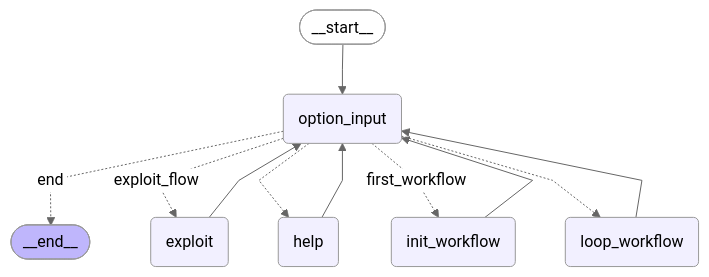
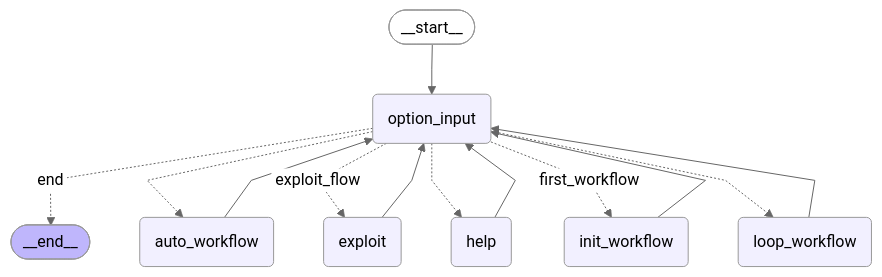
The diagram in langgraph/artifacts/main_workflow_mermaid.md (JungWooJJING/LLM_Solver), drawn with Mermaid (neutral theme) before and after one commit. The commit also changed 12 other files, not shown here.

````diff
--- a/langgraph/artifacts/main_workflow_mermaid.md
+++ b/langgraph/artifacts/main_workflow_mermaid.md
@@ -3,29 +3,32 @@
 ```mermaid
 ---
 config:
   flowchart:
     curve: linear
 ---
 graph TD;
 	__start__([<p>__start__</p>]):::first
 	init_workflow(init_workflow)
 	loop_workflow(loop_workflow)
+	auto_workflow(auto_workflow)
 	help(help)
 	option_input(option_input)
 	exploit(exploit)
 	__end__([<p>__end__</p>]):::last
 	__start__ --> option_input;
+	auto_workflow --> option_input;
 	exploit --> option_input;
 	help --> option_input;
 	init_workflow --> option_input;
 	loop_workflow --> option_input;
 	option_input -. &nbsp;end&nbsp; .-> __end__;
+	option_input -.-> auto_workflow;
 	option_input -. &nbsp;exploit_flow&nbsp; .-> exploit;
 	option_input -.-> help;
 	option_input -. &nbsp;first_workflow&nbsp; .-> init_workflow;
 	option_input -.-> loop_workflow;
 	classDef default fill:#f2f0ff,line-height:1.2
 	classDef first fill-opacity:0
 	classDef last fill:#bfb6fc
 
 ```
````
